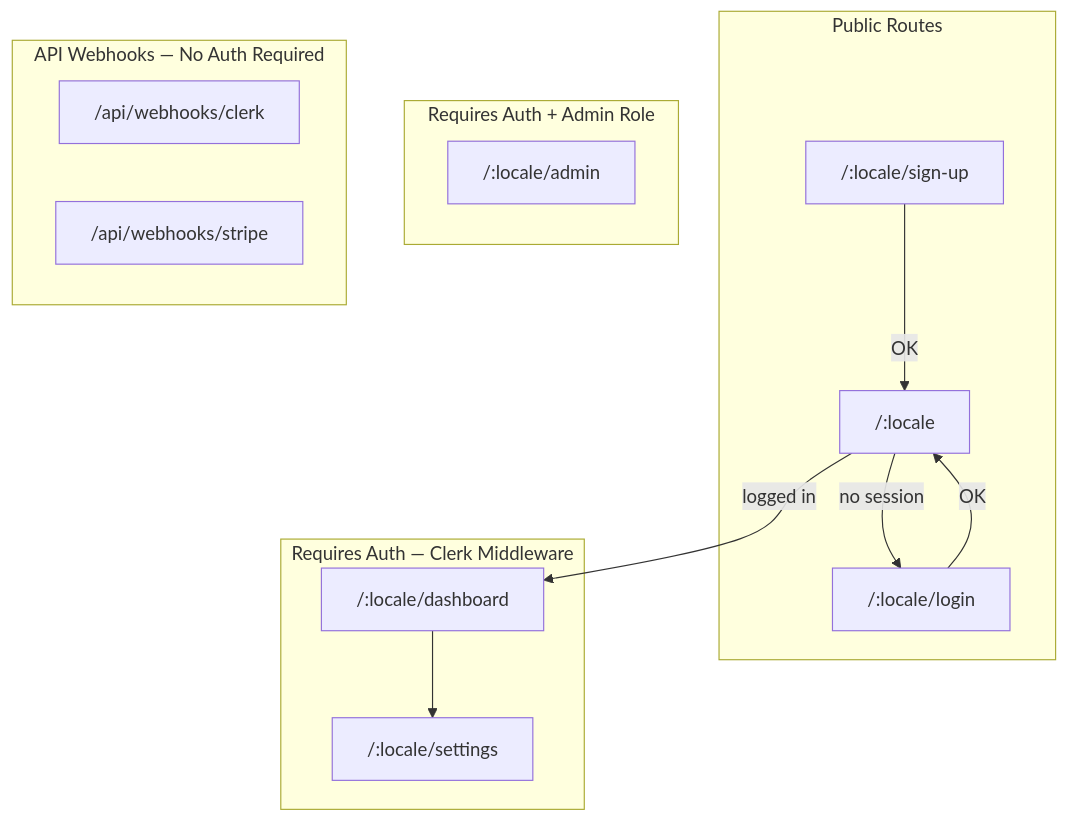
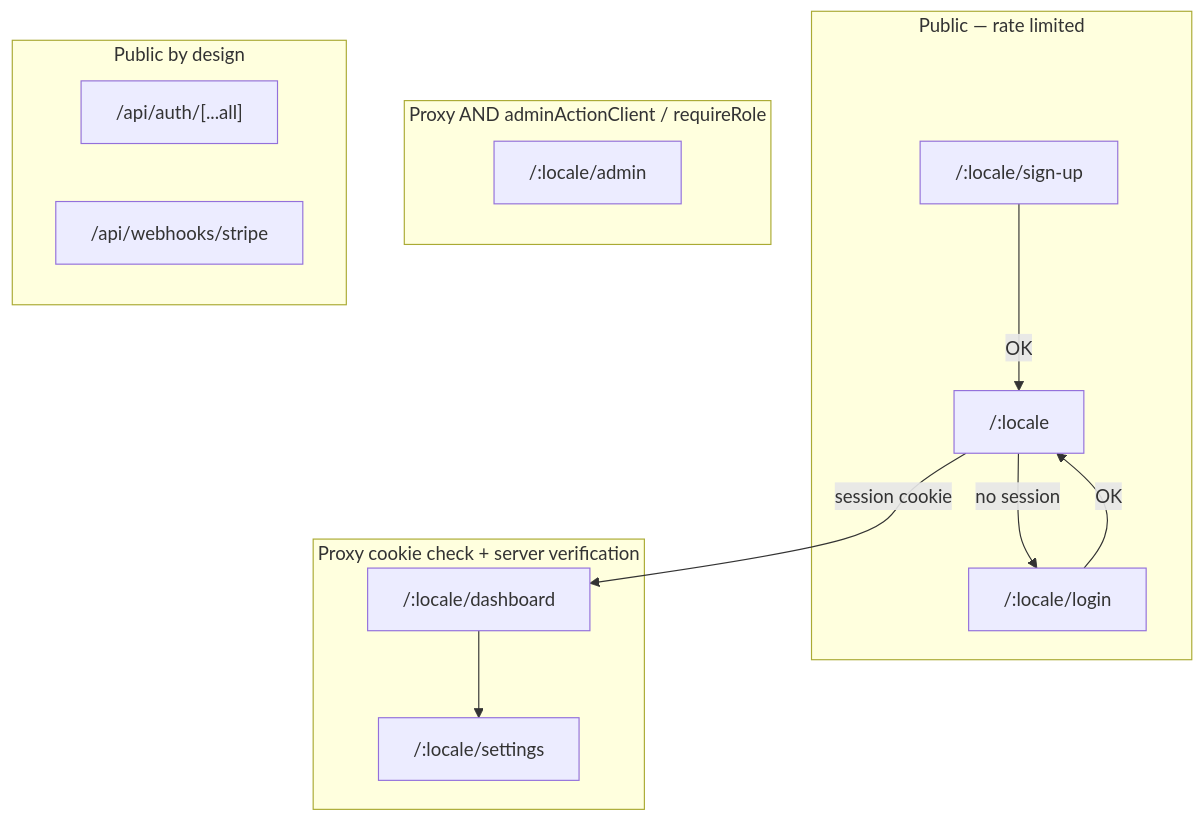
The diagram in CONTEXT.MD (Hangtu/nextLaunch), drawn with Mermaid before and after one commit. The commit also changed other lines of this file, not shown here.

````diff
--- a/CONTEXT.MD
+++ b/CONTEXT.MD
@@ -381,31 +448,26 @@
 ```mermaid
 flowchart TD
     Root["/:locale"]
-    Root -->|logged in| Dashboard["/:locale/dashboard"]
+    Root -->|session cookie| Dashboard["/:locale/dashboard"]
     Root -->|no session| Login["/:locale/login"]
-
     Login -->|OK| Root
     SignUp["/:locale/sign-up"] -->|OK| Root
-
     Dashboard --> Settings["/:locale/settings"]
 
-    subgraph PublicArea [Public Routes]
+    subgraph PublicArea [Public — rate limited]
         Root
         Login
         SignUp
     end
-
-    subgraph ProtectedArea [Requires Auth — Clerk Middleware]
+    subgraph ProtectedArea [Proxy cookie check + server verification]
         Dashboard
         Settings
     end
-
-    subgraph AdminArea [Requires Auth + Admin Role]
+    subgraph AdminArea [Proxy AND adminActionClient / requireRole]
         Admin["/:locale/admin"]
     end
-
-    subgraph Webhooks [API Webhooks — No Auth Required]
-        ClerkWH["/api/webhooks/clerk"]
+    subgraph PublicAPI [Public by design]
+        AuthAPI["/api/auth/[...all]"]
         StripeWH["/api/webhooks/stripe"]
     end
 ```
````
